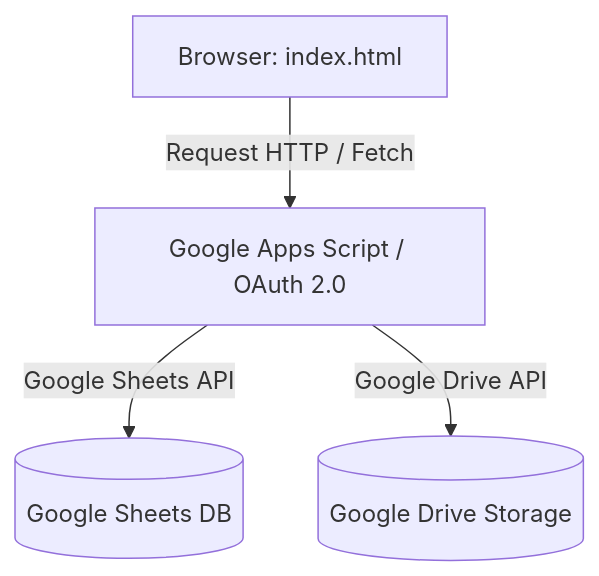
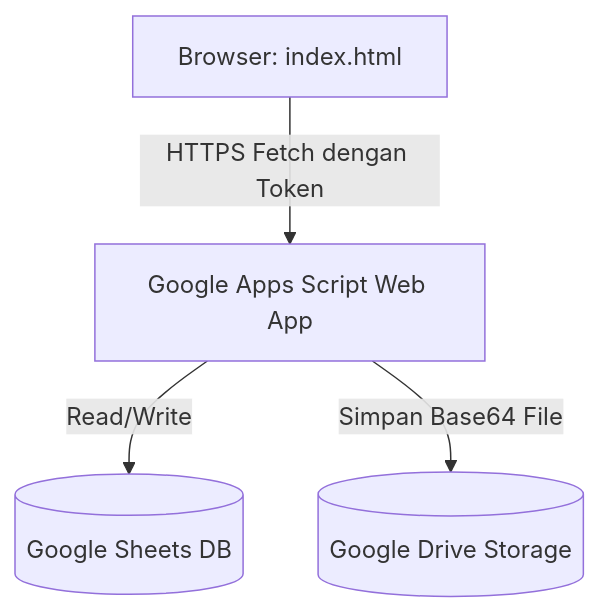
Before and after one commit to ipds6104/rebahan: the diagram in README.md, drawn with Mermaid. The commit also changed other lines of this file, not shown here.

Commit message:
update README.md to match BPS Puncak performance app specifics and security mitigations

````diff
--- a/README.md
+++ b/README.md
@@ -9,6 +9,6 @@
 ```mermaid
 graph TD
-    Client[Browser: index.html] -->|Request HTTP / Fetch| Proxy[Google Apps Script / OAuth 2.0]
-    Proxy -->|Google Sheets API| Sheets[(Google Sheets DB)]
-    Proxy -->|Google Drive API| Drive[(Google Drive Storage)]
+    Client[Browser: index.html] -->|HTTPS Fetch dengan Token| GAS[Google Apps Script Web App]
+    GAS -->|Read/Write| Sheets[(Google Sheets DB)]
+    GAS -->|Simpan Base64 File| Drive[(Google Drive Storage)]
 ```
````
